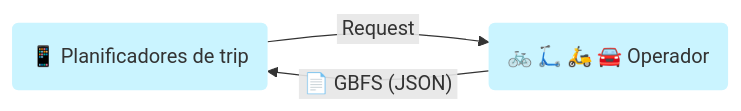
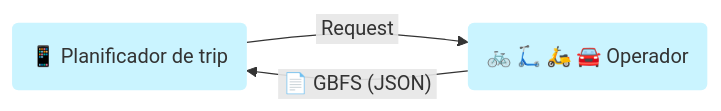
Before and after one commit to MobilityData/gbfs.org: the first of 4 diagrams in docs/es/get-started.md, drawn with Mermaid. The commit also changed 1 other file, not shown here.

Commit message:
Fix plural in GBFS overview diagram in es and fr

````diff
--- a/docs/es/get-started.md
+++ b/docs/es/get-started.md
@@ -25,9 +25,9 @@
 ```mermaid
 graph LR
   classDef blue fill:#CAF4FF,stroke-width:0px;
 
-  A(📱 Planificadores de trip) -->|&nbsp;Request&nbsp;| B(🚲 🛴 🛵 🚘 Operador);
+  A(📱 Planificador de trip) -->|&nbsp;Request&nbsp;| B(🚲 🛴 🛵 🚘 Operador);
   B -->|"&nbsp;📄 GBFS (JSON)&nbsp;"| A;
 
   class A,B blue
 ```
````
